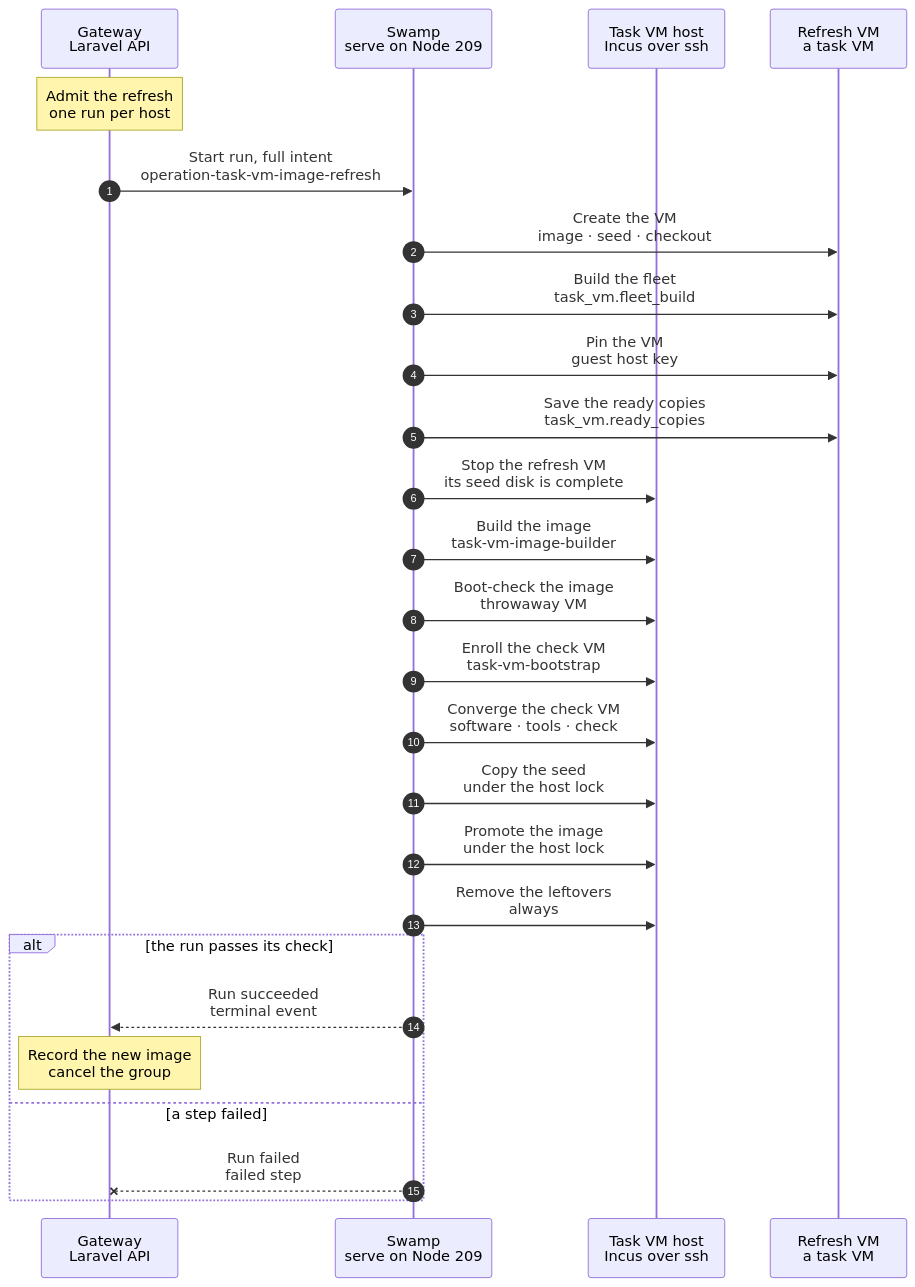
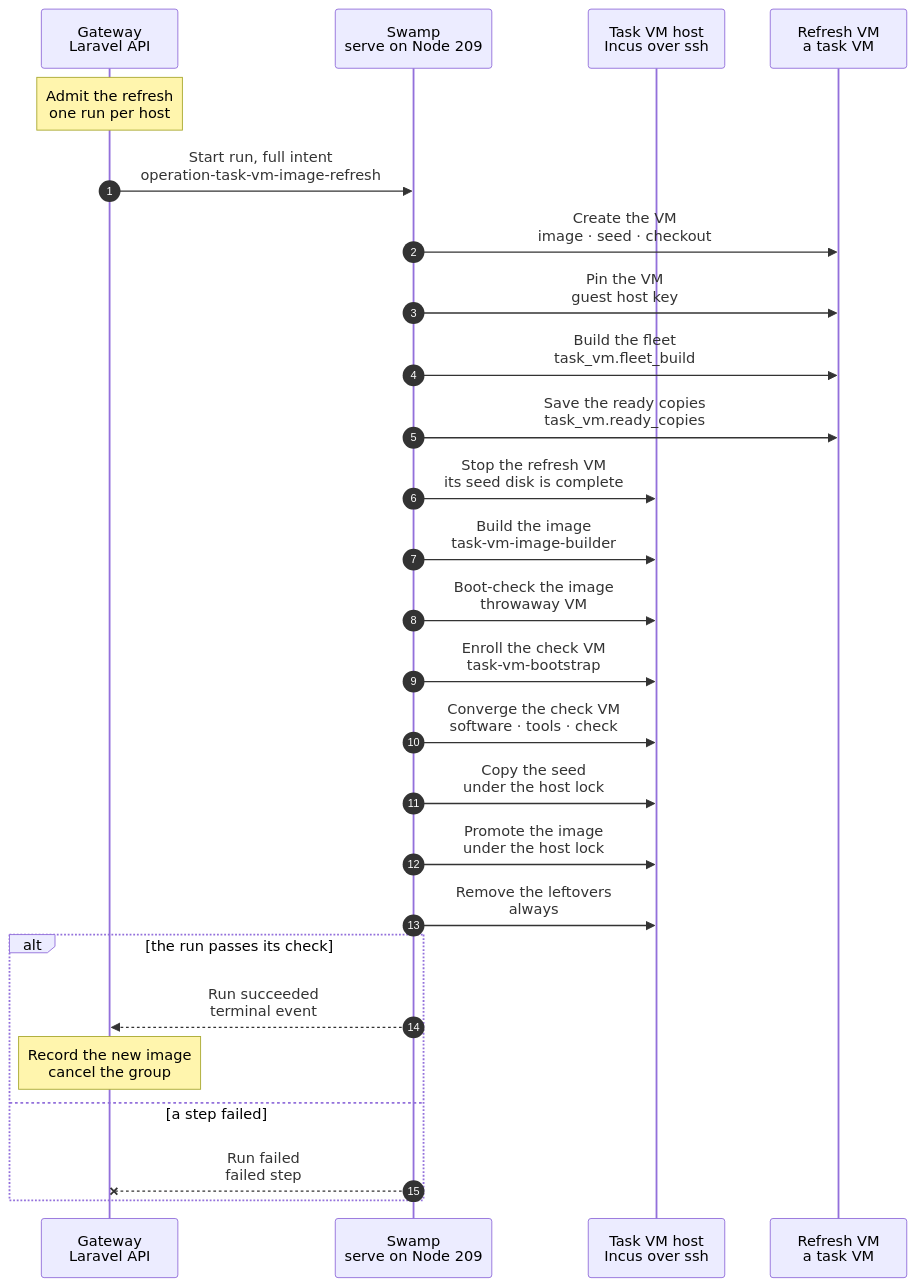
One commit to hardimpactdev/orbit changed the diagram in docs/cli/tasks/vm-image-refresh.mmd. Above: the diagram before and after it, drawn with Mermaid. The commit also changed 10 other files, not shown here.

Commit message:
feat(gateway): a refresh without ready copies builds the fleet as a child

```diff
--- a/docs/cli/tasks/vm-image-refresh.mmd
+++ b/docs/cli/tasks/vm-image-refresh.mmd
@@ -1,72 +1,72 @@
 sequenceDiagram
   %% Target design: the run that refreshes the task image and the topology seed of one task VM host (stage 6, docs/reference/pipeline/6-task-image-seed-refresh.mmd). It is the per-host part of that chart, as built.
   %% status: draft
   %% command: none · task-vms:refresh-image on the Gateway host
   %% kind: task_vm.image_refresh
   autonumber
   %% lane GW icon=gateway pill=intent tone=blue
   %% lane SW icon=workflow pill=executes tone=green
   %% lane H icon=server pill=target tone=amber
   %% lane VM icon=server pill=refresh VM tone=purple
   participant GW as Gateway<br/>Laravel API
   participant SW as Swamp<br/>serve on Node 209
   participant H as Task VM host<br/>Incus over ssh
   participant VM as Refresh VM<br/>a task VM
   Note over GW: Admit the refresh<br/>one run per host
   %%> Started by:
   %%> - the release projection, when the release that went live changed playbooks, pins or lock files; a daily Gateway schedule; and the operator commands `php artisan task-vms:refresh-image HOST` and `task-vms:refresh-images`
   %%> Requirements:
   %%> - an active, configured task VM host with a promoted image and no image build running, and a Gateway release with a commit
   %%> Result:
   %%> - a group of its own in the proof Project, placed on this host only, and the full intent recorded; a second admission for the host returns the open run
   GW->>SW: Start run, full intent<br/>operation-task-vm-image-refresh
   SW->>VM: Create the VM<br/>image · seed · checkout
   %%> What it does:
   %%> - the child `operation-task-provision`: a task VM from the image the host promoted last, with a clone of its seed, the checkout of the release commit, the converge of the outer VM and the nested fleet from the ready copies
+  SW->>VM: Pin the VM<br/>guest host key
+  %%> What it does:
+  %%> - fills the host key the VM step observed into the ready copies intent and the fleet build intent
   SW->>VM: Build the fleet<br/>task_vm.fleet_build
   %%> What it does:
   %%> - the child `operation-task-vm-fleet-build` in the refresh VM, only when the VM step found no usable ready copies and so started no fleet: the nested network and three VMs from stock Ubuntu, a Gateway with its own Swamp, the Nodes and the readiness check; skipped when the fleet started from ready copies
-  SW->>VM: Pin the VM<br/>guest host key
-  %%> What it does:
-  %%> - fills the host key the VM step observed into the ready copies intent
   SW->>VM: Save the ready copies<br/>task_vm.ready_copies
   %%> What it does:
   %%> - the child `operation-task-vm-ready-copies`: key-free, self-contained copies in the seed disk, boot-checked
   SW->>H: Stop the refresh VM<br/>its seed disk is complete
   %%> What it does:
   %%> - `incus stop` of the refresh VM: it yields only its seed disk and is never published
   SW->>H: Build the image<br/>task-vm-image-builder
   %%> What it does:
   %%> - the child `task-vm-image-builder`: `incus init` of the builder from the image the refresh VM started from (its fingerprint), with the cloud-init key of Node 209; waits for the guest agent and cloud-init
   %%> - runs the phases `software`, `tools` and `check` (the child `task-vm-image-ansible`), cleans and stops it (the child `task-vm-image-clean`)
   %%> - publishes the stopped builder under a candidate alias and reads its fingerprint
   %%> - the builder is never enrolled and has no seed
   SW->>H: Boot-check the image<br/>throwaway VM
   %%> What it does:
   %%> - the child `task-vm-image-smoke`, as in the image build: a throwaway VM from the candidate and the check phase of the task VM role on it
   SW->>H: Enroll the check VM<br/>task-vm-bootstrap
   %%> What it does:
   %%> - the child `task-vm-bootstrap` on the throwaway VM of the boot check: the account, the key, the sudoers file and the observer install with their checks, the same steps as an enrollment
   SW->>H: Converge the check VM<br/>software · tools · check
   %%> What it does:
   %%> - the child `task-vm-image-ansible` with the phases of a provision converge on the same VM; the promotion waits for this step and the one before
   SW->>H: Copy the seed<br/>under the host lock
   %%> What it does:
   %%> - copies the seed disk of the refresh VM to the seed name of the new fingerprint, then `zfs promote` so refreshes form no clone chain
   SW->>H: Promote the image<br/>under the host lock
   %%> What it does:
   %%> - the child `task-vm-image-promote`, as in the image build: the alias moves to the new image and the old image keeps the alias `-previous`; the old seed stays under its own name
   SW->>H: Remove the leftovers<br/>always
   %%> What it does:
   %%> - the cleanup job removes the check VM and the builder, then, when the alias does not point at the new image, the candidate image and the new seed
   alt the run passes its check
     SW-->>GW: Run succeeded<br/>terminal event
     Note over GW: Record the new image<br/>cancel the group
     %%> Result:
     %%> - the new image is the host's latest promoted build, with the recipe identity of the release
     %%> - the cancel of the group destroys the refresh VM
   else a step failed
     SW--xGW: Run failed<br/>failed step
     %%> On failure:
     %%> - the host keeps the image and the seed it had; the group is cancelled and the refresh VM destroyed
   end
```
